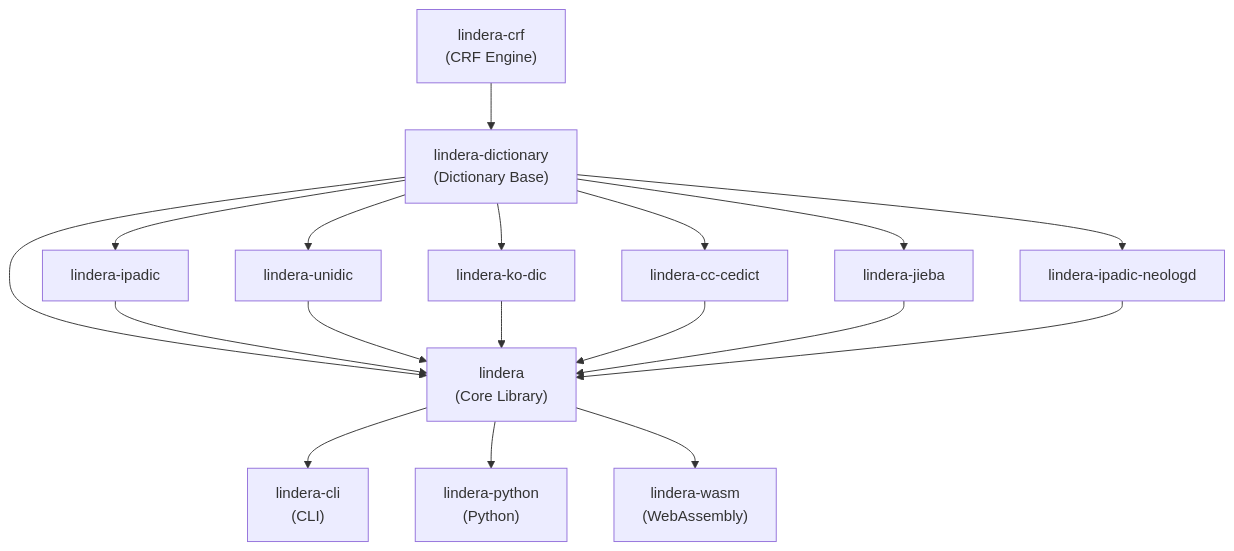
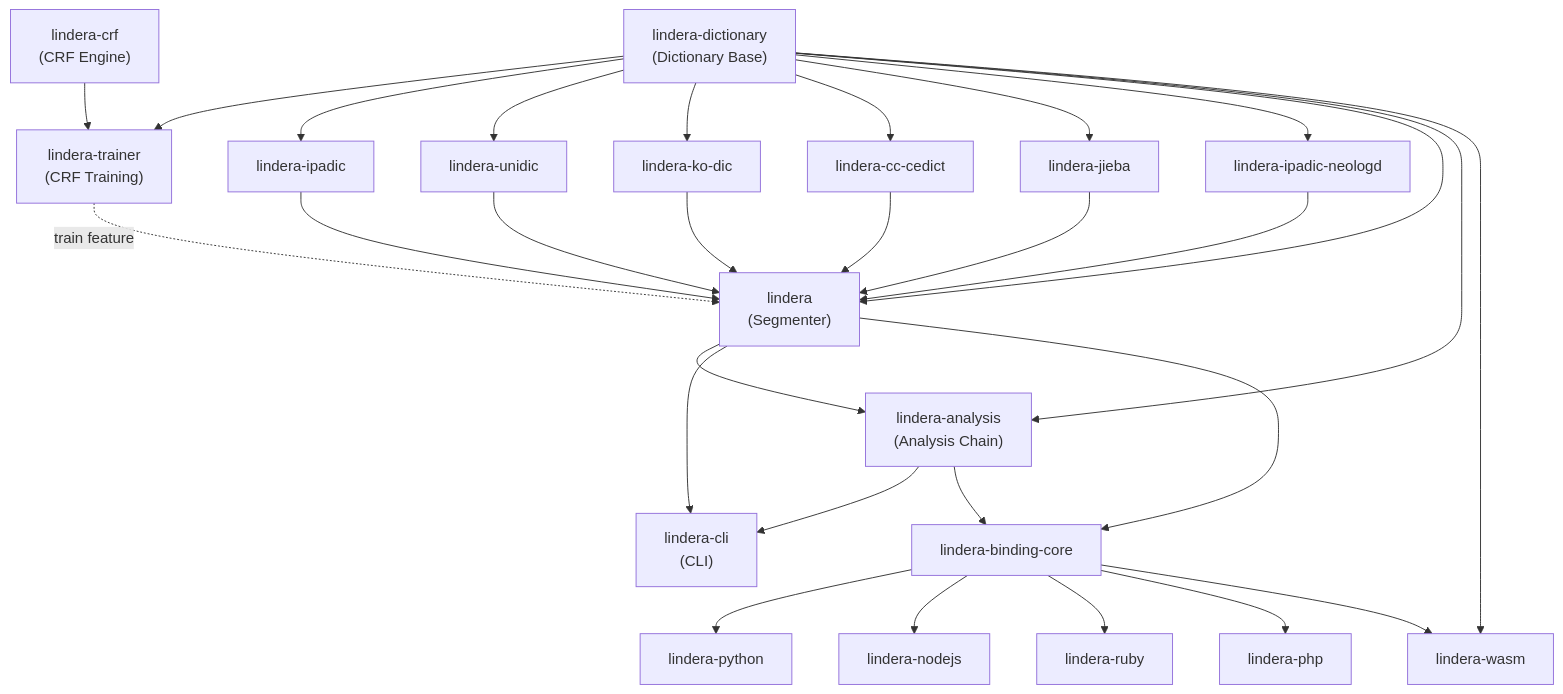
The diagram in docs/ja/src/architecture.md (lindera/lindera), drawn with Mermaid before and after one commit. The commit also changed other lines of this file and 138 other files, not shown here.

````diff
--- a/docs/ja/src/architecture.md
+++ b/docs/ja/src/architecture.md
@@ -7,33 +7,50 @@
 ```mermaid
 graph TB
     CRF["lindera-crf\n(CRF Engine)"]
     DICT["lindera-dictionary\n(Dictionary Base)"]
+    TRAINER["lindera-trainer\n(CRF Training)"]
     IPADIC["lindera-ipadic"]
     UNIDIC["lindera-unidic"]
     KODIC["lindera-ko-dic"]
     CCCEDICT["lindera-cc-cedict"]
     JIEBA["lindera-jieba"]
     NEOLOGD["lindera-ipadic-neologd"]
-    LIB["lindera\n(Core Library)"]
+    LIB["lindera\n(Segmenter)"]
+    ANALYSIS["lindera-analysis\n(Analysis Chain)"]
     CLI["lindera-cli\n(CLI)"]
-    PY["lindera-python\n(Python)"]
-    WASM["lindera-wasm\n(WebAssembly)"]
+    BINDINGCORE["lindera-binding-core"]
+    PY["lindera-python"]
+    NODEJS["lindera-nodejs"]
+    RUBY["lindera-ruby"]
+    PHP["lindera-php"]
+    WASM["lindera-wasm"]
 
-    CRF --> DICT
+    CRF --> TRAINER
+    DICT --> TRAINER
+    TRAINER -.->|"train feature"| LIB
     DICT --> IPADIC
     DICT --> UNIDIC
     DICT --> KODIC
     DICT --> CCCEDICT
     DICT --> JIEBA
     DICT --> NEOLOGD
     DICT --> LIB
+    DICT --> ANALYSIS
+    DICT --> WASM
     IPADIC --> LIB
     UNIDIC --> LIB
     KODIC --> LIB
     CCCEDICT --> LIB
     JIEBA --> LIB
     NEOLOGD --> LIB
+    LIB --> ANALYSIS
     LIB --> CLI
-    LIB --> PY
-    LIB --> WASM
+    ANALYSIS --> CLI
+    LIB --> BINDINGCORE
+    ANALYSIS --> BINDINGCORE
+    BINDINGCORE --> PY
+    BINDINGCORE --> NODEJS
+    BINDINGCORE --> RUBY
+    BINDINGCORE --> PHP
+    BINDINGCORE --> WASM
 ```
````
